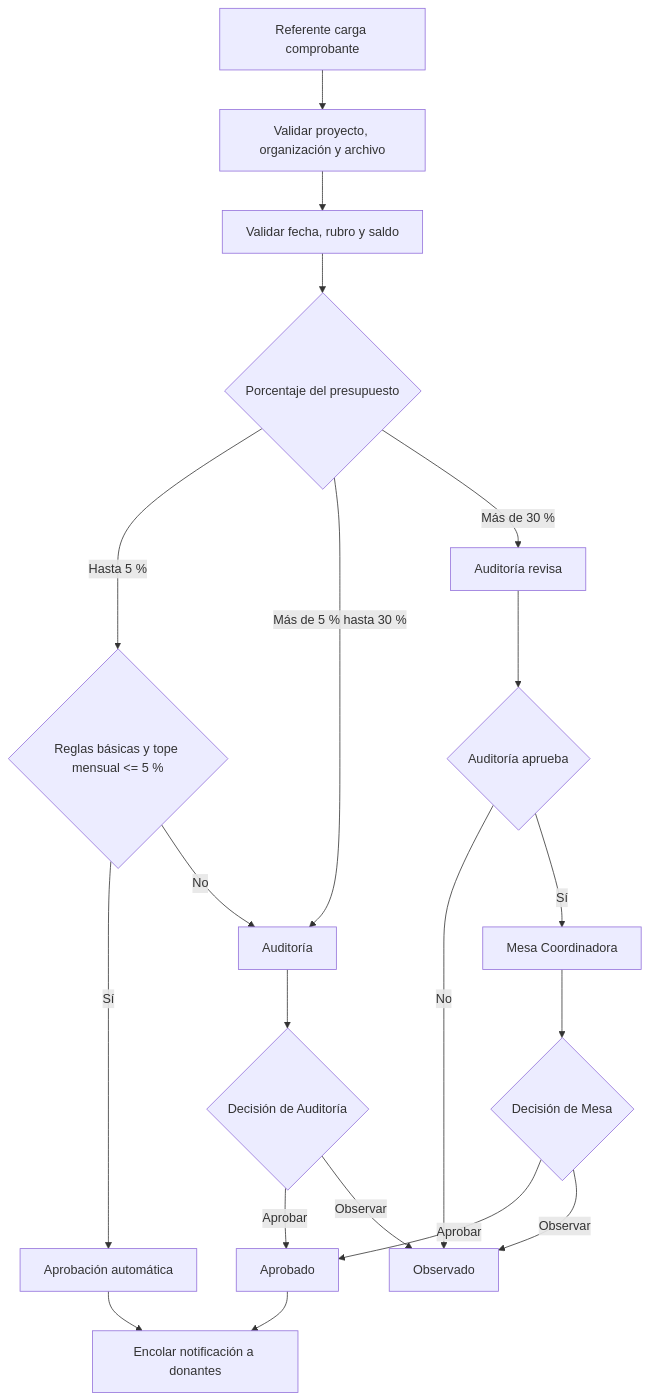
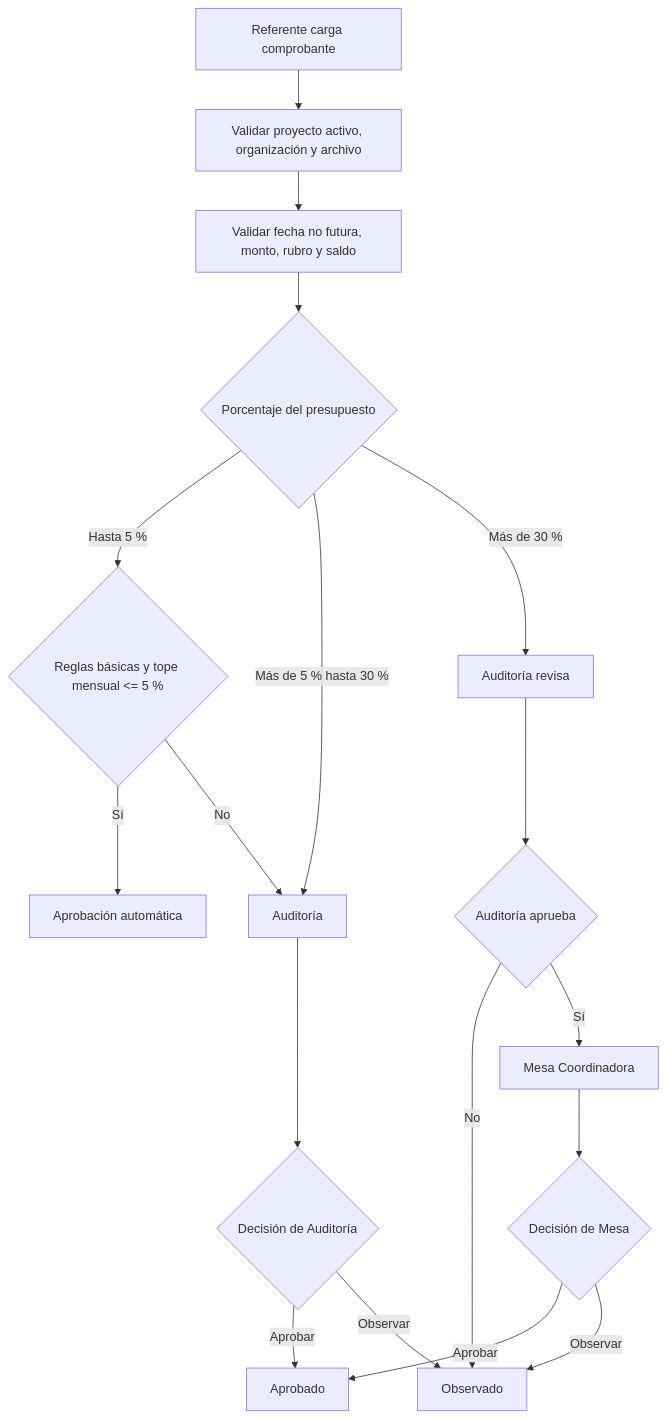
The fourth of 4 diagrams in docs/ARCHITECTURE.md (ivanshifman/TP-BACKEND-SUMAR_IMPACTO), drawn with Mermaid before and after one commit. The commit also changed other lines of this file and 93 other files, not shown here.

````diff
--- a/docs/ARCHITECTURE.md
+++ b/docs/ARCHITECTURE.md
@@ -59,22 +111,20 @@
 ```mermaid
 flowchart TD
-  A[Referente carga comprobante] --> B[Validar proyecto, organización y archivo]
-  B --> C[Validar fecha, rubro y saldo]
+  A[Referente carga comprobante] --> B[Validar proyecto activo, organización y archivo]
+  B --> C[Validar fecha no futura, monto, rubro y saldo]
   C --> D{Porcentaje del presupuesto}
   D -->|Hasta 5 %| E{Reglas básicas y tope mensual <= 5 %}
   E -->|Sí| F[Aprobación automática]
   E -->|No| G[Auditoría]
   D -->|Más de 5 % hasta 30 %| G
   D -->|Más de 30 %| H[Auditoría revisa]
   H --> I{Auditoría aprueba}
   I -->|No| J[Observado]
   I -->|Sí| K[Mesa Coordinadora]
   K --> L{Decisión de Mesa}
   L -->|Aprobar| M[Aprobado]
   L -->|Observar| J
   G --> N{Decisión de Auditoría}
   N -->|Aprobar| M
   N -->|Observar| J
-  F --> O[Encolar notificación a donantes]
-  M --> O
 ```
````
